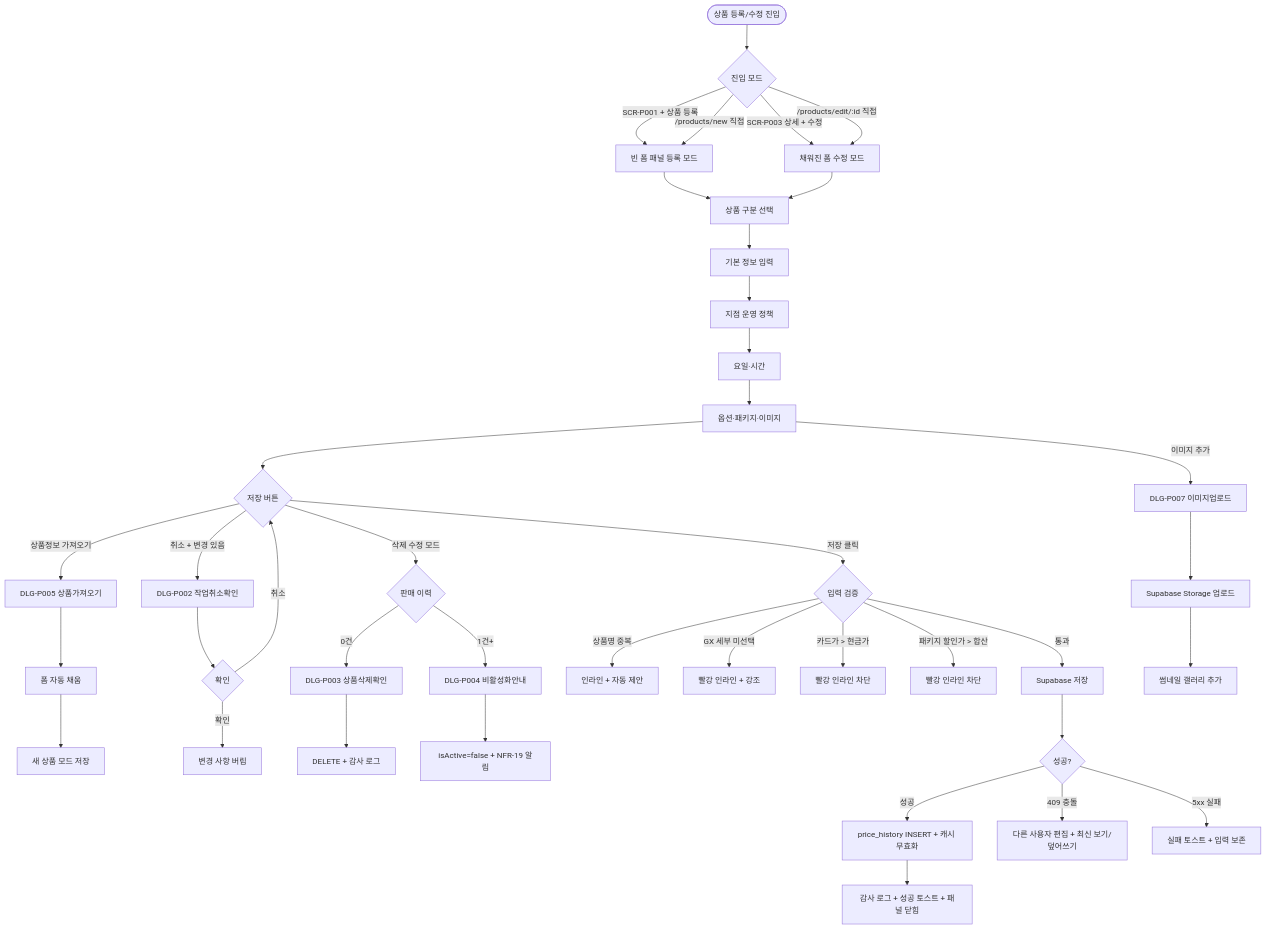
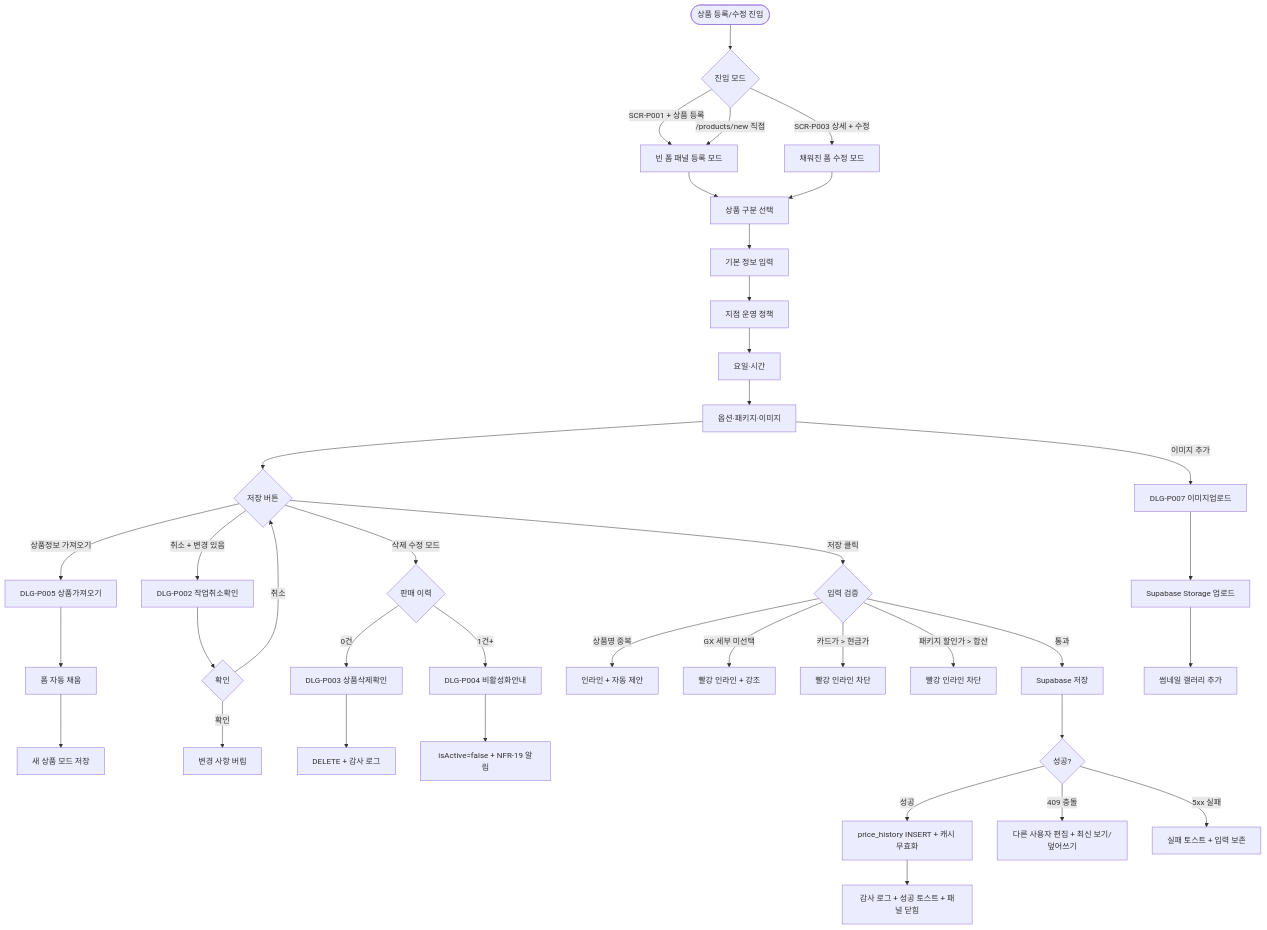
The first of 2 diagrams in docs-domain/D05 상품관리/SCR-P002 상품등록수정 페이지/README.md (dev-spogym/admin-pando), drawn with Mermaid before and after one commit. The commit also changed other lines of this file and 3 other files, not shown here.

````diff
--- a/docs-domain/D05 상품관리/SCR-P002 상품등록수정 페이지/README.md
+++ b/docs-domain/D05 상품관리/SCR-P002 상품등록수정 페이지/README.md
@@ -216,41 +216,40 @@
 ```mermaid
 flowchart TD
     A([상품 등록/수정 진입]) --> B{진입 모드}
     B -->|SCR-P001 + 상품 등록| C[빈 폼 패널 등록 모드]
     B -->|SCR-P003 상세 + 수정| D[채워진 폼 수정 모드]
     B -->|/products/new 직접| C
-    B -->|/products/edit/:id 직접| D
     C --> E[상품 구분 선택]
     D --> E
     E --> F[기본 정보 입력]
     F --> G[지점 운영 정책]
     G --> H[요일·시간]
     H --> I[옵션·패키지·이미지]
     I --> J{저장 버튼}
     J -->|상품정보 가져오기| K[DLG-P005 상품가져오기]
     K --> L[폼 자동 채움]
     L --> M[새 상품 모드 저장]
     J -->|취소 + 변경 있음| N[DLG-P002 작업취소확인]
     N --> O{확인}
     O -->|확인| P[변경 사항 버림]
     O -->|취소| J
     J -->|삭제 수정 모드| Q{판매 이력}
     Q -->|0건| R[DLG-P003 상품삭제확인]
     R --> S[DELETE + 감사 로그]
     Q -->|1건+| T[DLG-P004 비활성화안내]
     T --> U[isActive=false + NFR-19 알림]
     J -->|저장 클릭| V{입력 검증}
     V -->|상품명 중복| W[인라인 + 자동 제안]
     V -->|GX 세부 미선택| X[빨강 인라인 + 강조]
     V -->|카드가 > 현금가| Y[빨강 인라인 차단]
     V -->|패키지 할인가 > 합산| Z[빨강 인라인 차단]
     V -->|통과| AA[Supabase 저장]
     AA --> AB{성공?}
     AB -->|성공| AC[price_history INSERT + 캐시 무효화]
     AC --> AD[감사 로그 + 성공 토스트 + 패널 닫힘]
     AB -->|409 충돌| AE["다른 사용자 편집" + 최신 보기/덮어쓰기]
     AB -->|5xx 실패| AF[실패 토스트 + 입력 보존]
     I -->|이미지 추가| AG[DLG-P007 이미지업로드]
     AG --> AH[Supabase Storage 업로드]
     AH --> AI[썸네일 갤러리 추가]
 ```
````
